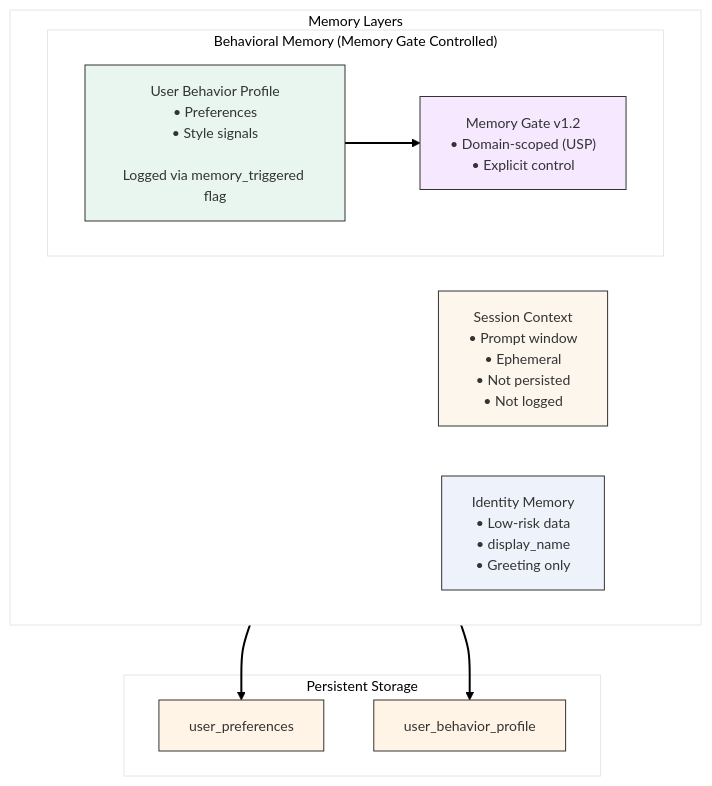
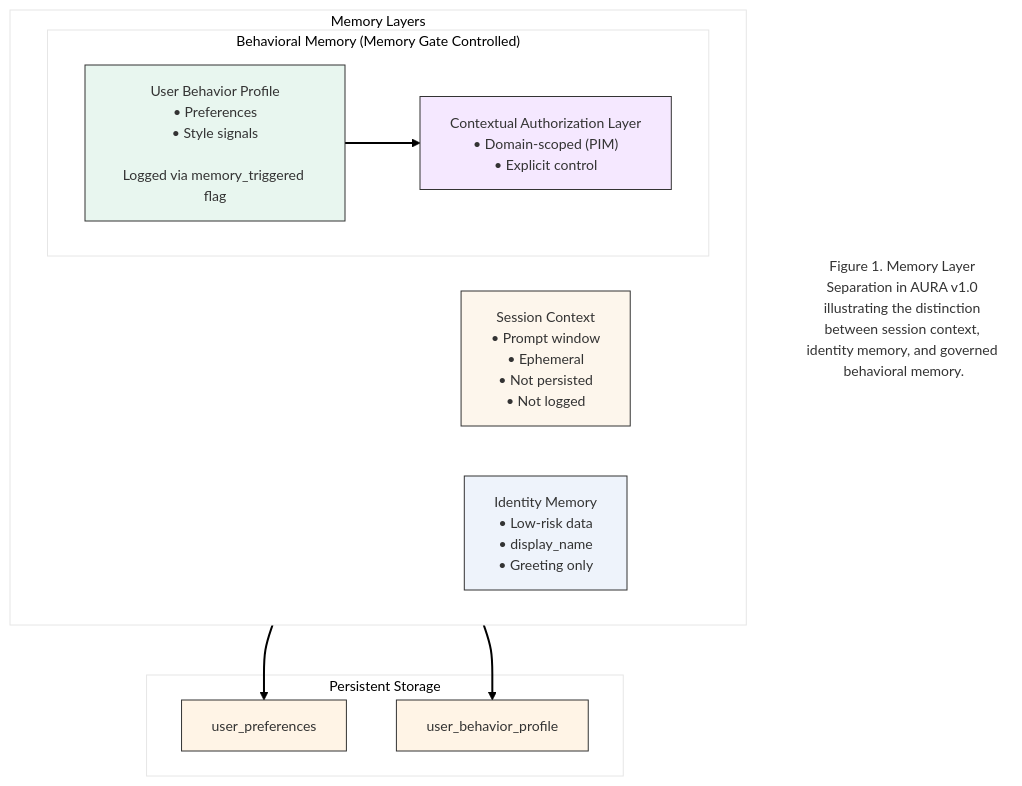
The diagram in paper/figures/fig2_memory_layers.mmd (urvikasingh/AURA-PHASE2), drawn with Mermaid before and after one commit. The commit also changed 5 other files, not shown here.

Commit message:
paper: refine system architecture and memory diagrams (final layout)

```diff
--- a/paper/figures/fig2_memory_layers.mmd
+++ b/paper/figures/fig2_memory_layers.mmd
@@ -1,50 +1,38 @@
 ---
 config:
   look: classic
   theme: neo
+  layout: fixed
 ---
 flowchart TB
-
-    %% =========================
-    %% TOP ROW: MEMORY LAYERS
-    %% =========================
-
-    subgraph LAYERS["Memory Layers"]
-        direction LR
-
-        SC["Session Context<br/>• Prompt window<br/>• Ephemeral<br/>• Not persisted<br/>• Not logged"]:::session
-
-        ID["Identity Memory<br/>• Low-risk data<br/>• display_name<br/>• Greeting only"]:::identity
-
-        subgraph BM_LAYER["Behavioral Memory (Memory Gate Controlled)"]
-            BM["User Behavior Profile<br/>• Preferences<br/>• Style signals<br/><br/>Logged via memory_triggered flag"]:::behavioral
-            MG["Memory Gate v1.2<br/>• Domain-scoped (USP)<br/>• Explicit control"]:::gate
-        end
-    end
-
-    %% =========================
-    %% BOTTOM ROW: STORAGE
-    %% =========================
-
-    subgraph DB["Persistent Storage"]
-        UP["user_preferences"]:::storage
-        UBP["user_behavior_profile"]:::storage
-    end
-
-    %% =========================
-    %% STORAGE LINKS
-    %% =========================
-
+ subgraph BM_LAYER["Behavioral Memory (Memory Gate Controlled)"]
+        BM["User Behavior Profile<br>• Preferences<br>• Style signals<br><br>Logged via memory_triggered flag"]
+        MG["Contextual Authorization Layer<br>• Domain-scoped (PIM)<br>• Explicit control"]
+  end
+ subgraph LAYERS["Memory Layers"]
+    direction LR
+        SC["Session Context<br>• Prompt window<br>• Ephemeral<br>• Not persisted<br>• Not logged"]
+        ID["Identity Memory<br>• Low-risk data<br>• display_name<br>• Greeting only"]
+        BM_LAYER
+  end
+ subgraph DB["Persistent Storage"]
+        UP["user_preferences"]
+        UBP["user_behavior_profile"]
+  end
     ID --> UP
     BM --> MG
     MG --> UBP
+    n1["Figure 1. Memory Layer Separation in AURA v1.0 illustrating the distinction between session context, identity memory, and governed behavioral memory."]
 
-    %% =========================
-    %% STYLES
-    %% =========================
-
+    n1@{ shape: text}
+     BM:::behavioral
+     MG:::gate
+     SC:::session
+     ID:::identity
+     UP:::storage
+     UBP:::storage
     classDef session fill:#fdf6ec,stroke:#333,stroke-width:1px
     classDef identity fill:#eef3fb,stroke:#333,stroke-width:1px
     classDef behavioral fill:#e8f6ef,stroke:#333,stroke-width:1px
     classDef gate fill:#f5e8ff,stroke:#333,stroke-width:1px
     classDef storage fill:#fff4e6,stroke:#333,stroke-width:1px
```
